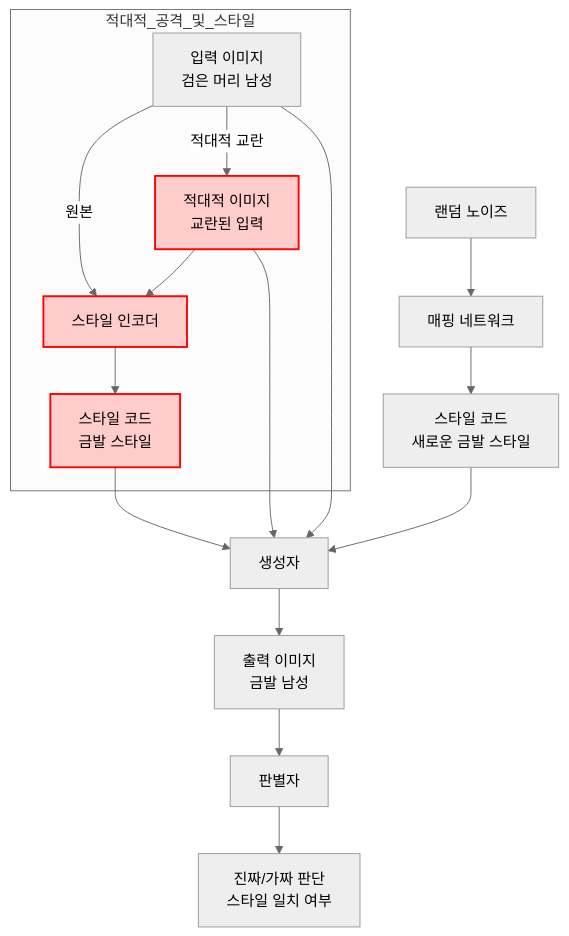
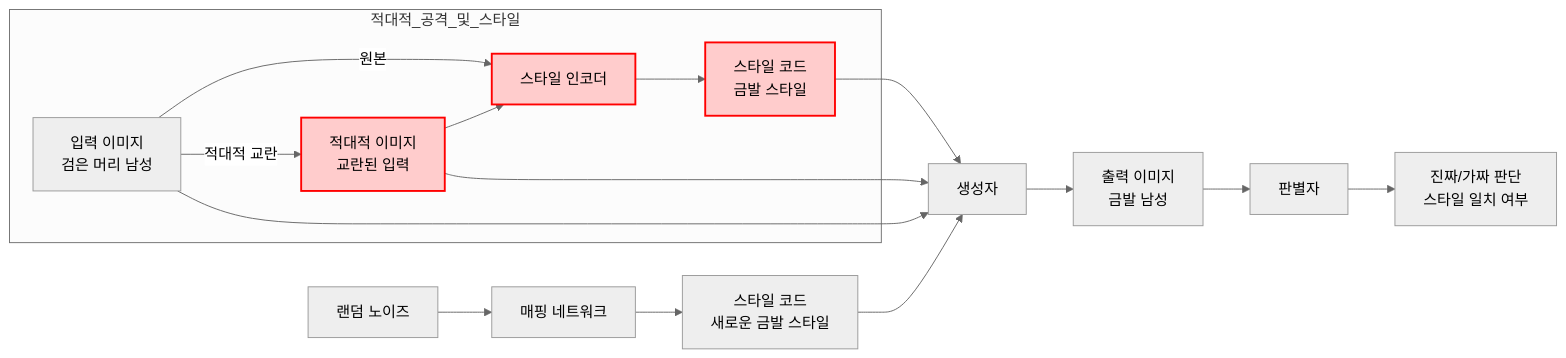
Before and after one commit to hyundairotemai2/AIFAKER: the second of 6 diagrams in README.md, drawn with Mermaid (neutral theme). The commit also changed other lines of this file, not shown here.

````diff
--- a/README.md
+++ b/README.md
@@ -78,29 +78,29 @@
 ```mermaid
-graph TD
+graph LR
     %% 입력 및 적대적 공격과 스타일 관련 노드를 하나의 서브그래프로 묶음
     subgraph 적대적_공격_및_스타일
         A[입력 이미지<br>검은 머리 남성] -->|원본| B[스타일 인코더]
         A -->|적대적 교란| A_adv[적대적 이미지<br>교란된 입력]
         A_adv --> B
         B --> C[스타일 코드<br>금발 스타일]
     end
 
     %% 나머지 플로우
     D[랜덤 노이즈] --> E[매핑 네트워크]
     E --> F[스타일 코드<br>새로운 금발 스타일]
 
     %% 이미지 생성
     A --> G[생성자]
     A_adv --> G
     C --> G
     F --> G
 
     %% 판별 과정
     G --> H[출력 이미지<br>금발 남성]
     H --> I[판별자]
     I --> J[진짜/가짜 판단<br>스타일 일치 여부]
 
     %% 스타일 강조 (빨간색 적용)
     classDef attack fill:#ffcccc,stroke:#ff0000,stroke-width:2px;
     class A_adv,B,C attack;
 ```
````
